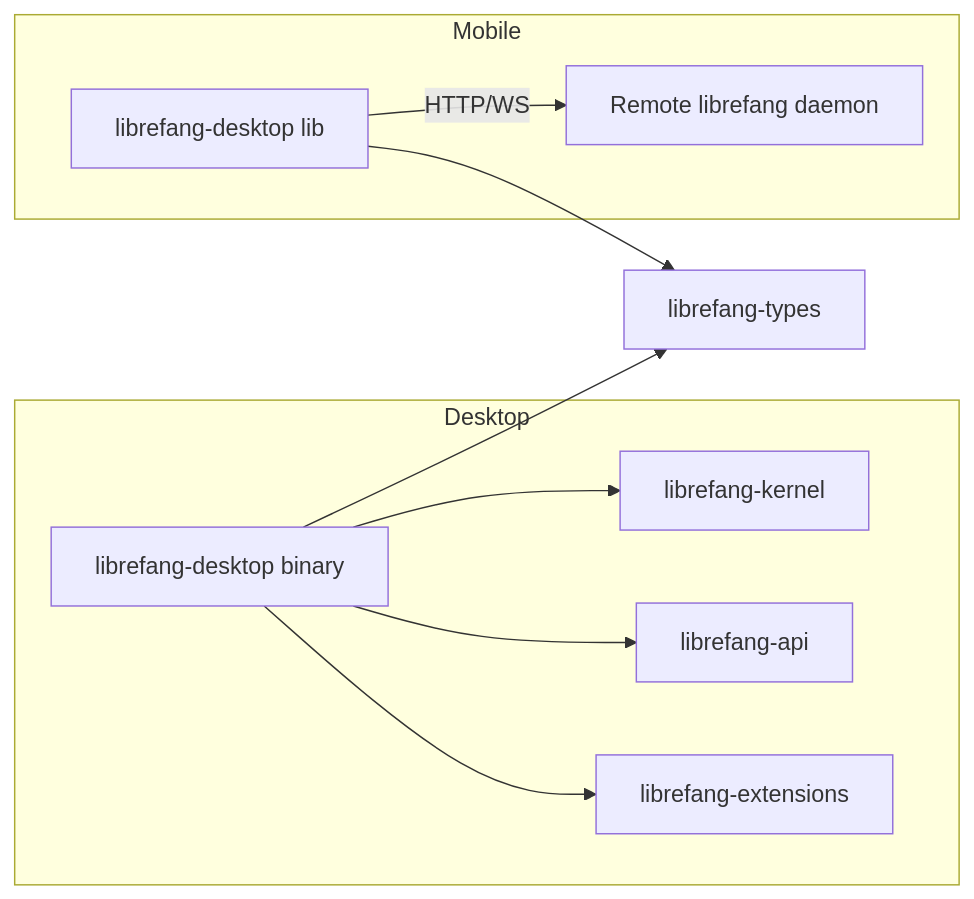
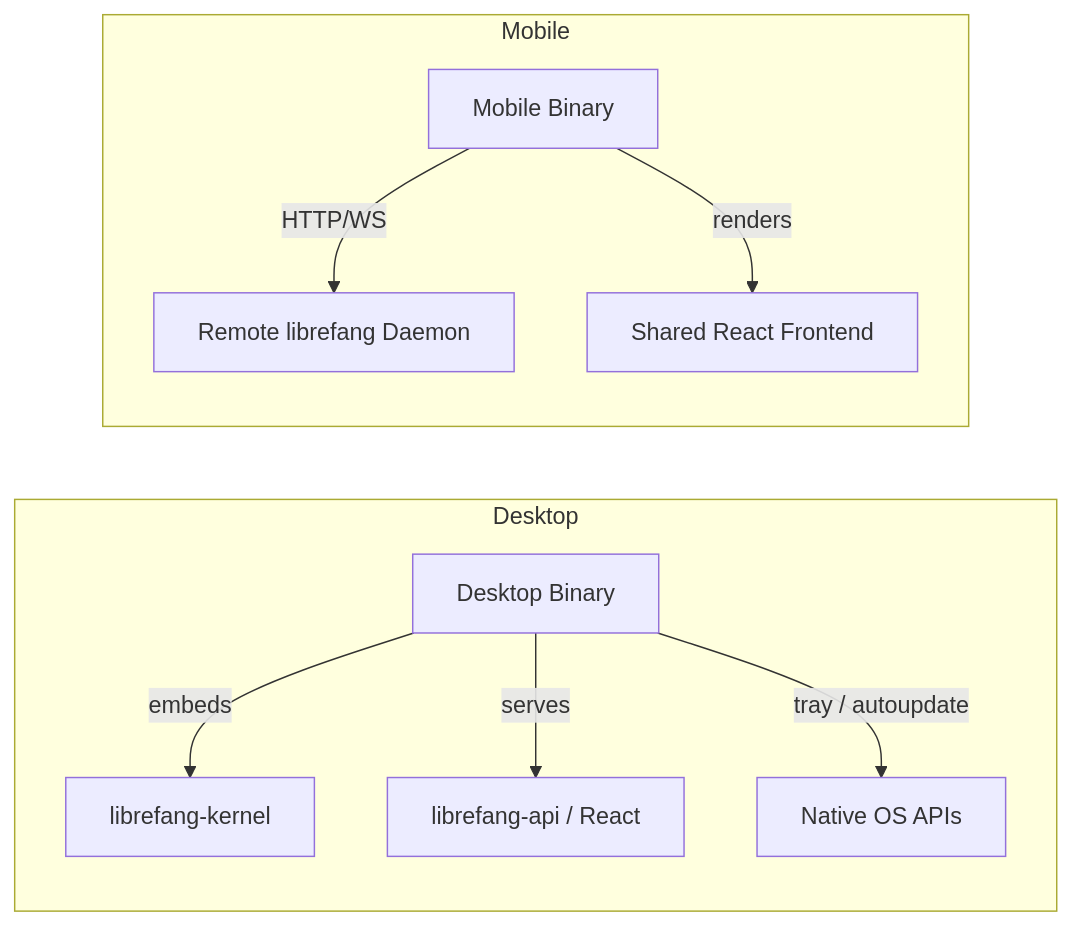
Before and after one commit to leszek3737/librefang-WIki: the diagram in other-librefang-desktop.md, drawn with Mermaid. The commit also changed other lines of this file and 125 other files, not shown here.

````diff
--- a/other-librefang-desktop.md
+++ b/other-librefang-desktop.md
@@ -9,13 +15,13 @@
 ```mermaid
 graph LR
-  subgraph Desktop
-    D[librefang-desktop binary] --> K[librefang-kernel]
-    D --> A[librefang-api]
-    D --> E[librefang-extensions]
-  end
-  subgraph Mobile
-    M[librefang-desktop lib] -->|HTTP/WS| R[Remote librefang daemon]
-  end
-  D --> T[librefang-types]
-  M --> T
+    subgraph Desktop
+        DT[Desktop Binary] -->|embeds| Kernel[librefang-kernel]
+        DT -->|serves| API[librefang-api / React]
+        DT -->|tray / autoupdate| OS[Native OS APIs]
+    end
+
+    subgraph Mobile
+        MT[Mobile Binary] -->|HTTP/WS| Daemon[Remote librefang Daemon]
+        MT -->|renders| React[Shared React Frontend]
+    end
 ```
````
